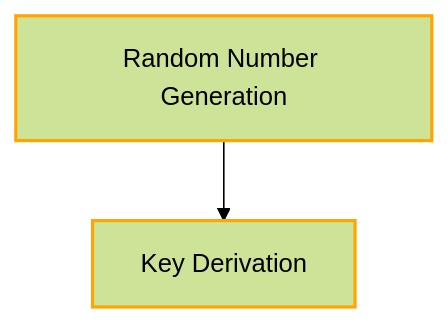
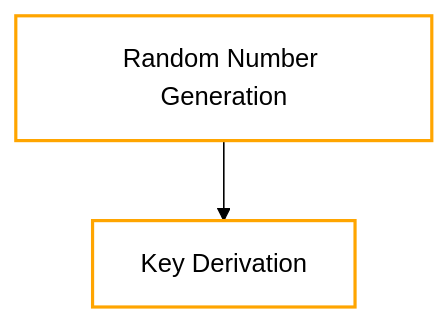
The second of 3 diagrams in transparent.md (oxarbitrage/my-first-zcash-chapter-7), drawn with Mermaid (forest theme) before and after one commit. The commit also changed other lines of this file and 5 other files, not shown here.

````diff
--- a/transparent.md
+++ b/transparent.md
@@ -50,6 +53,9 @@
 ```mermaid
 graph TD;
     A[Random Number Generation] --> B[Key Derivation];
     style A stroke:#FFA500,stroke-width:2px;
     style B stroke:#FFA500,stroke-width:2px;
+
+    style A fill: #fff,stroke:#FFA500,stroke-width:2px;
+    style B fill: #fff,stroke:#FFA500,stroke-width:2px;
 ```
````
